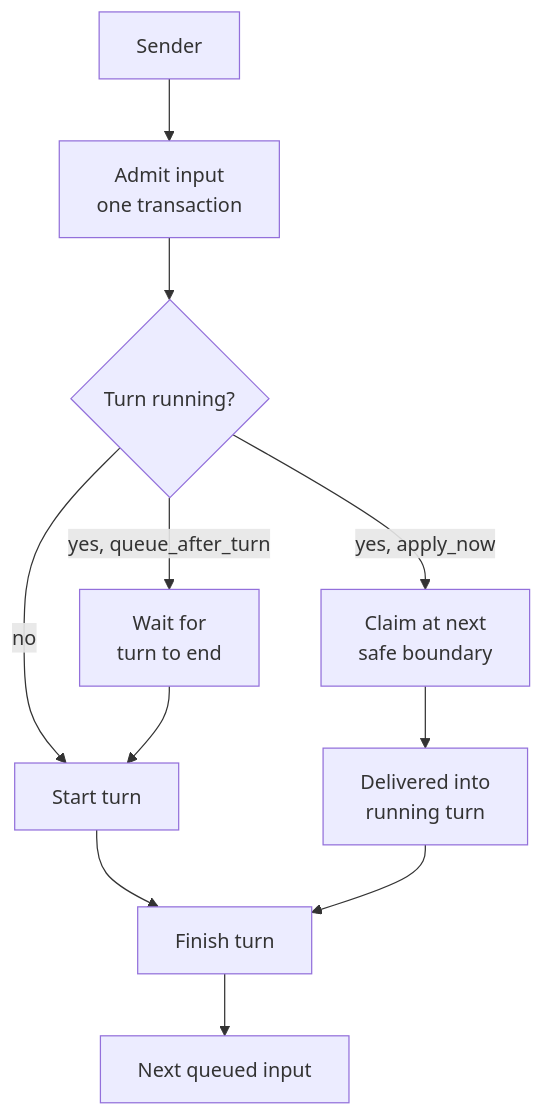
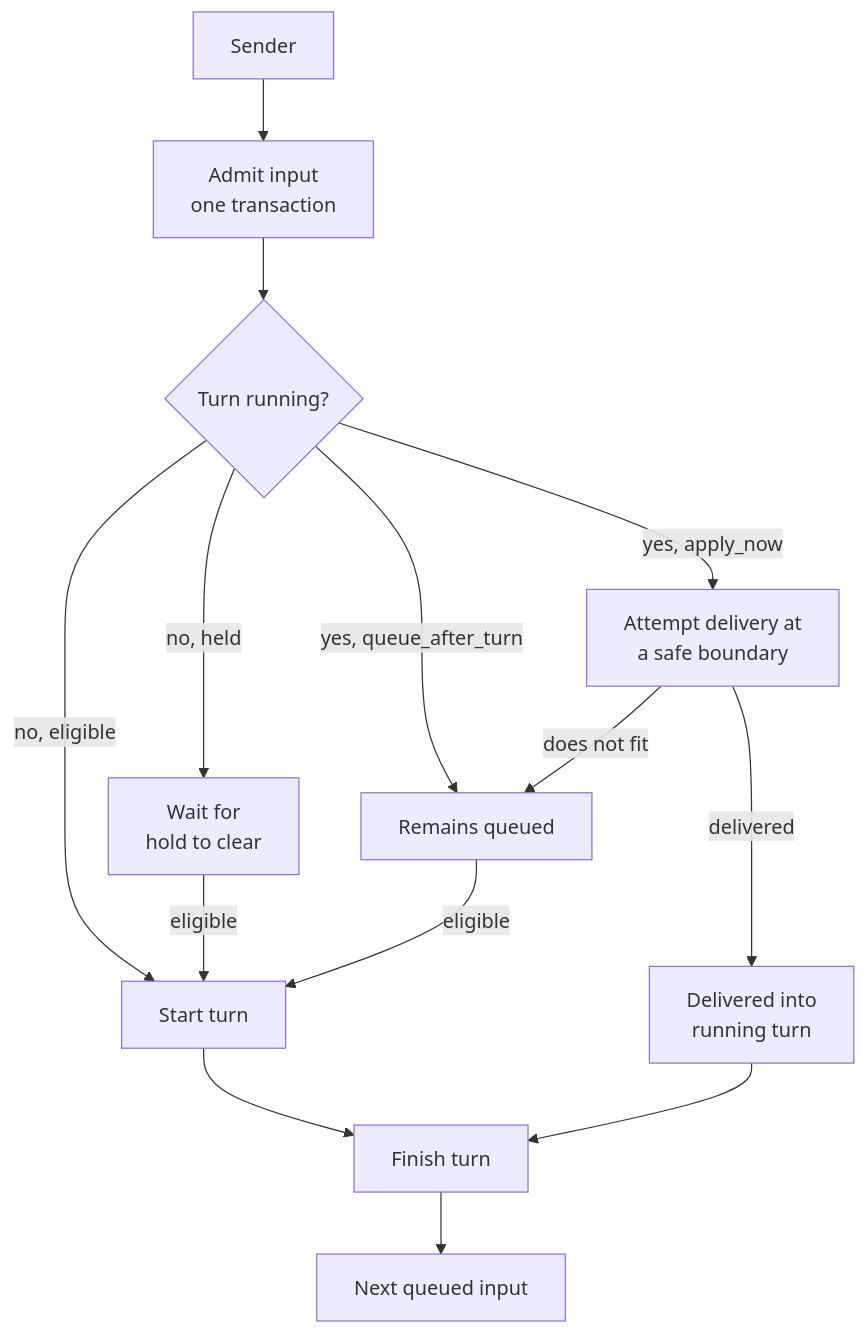
Before and after one commit to cebertowicz/corsia: the diagram in docs/how-it-works/turns-and-delivery.md, drawn with Mermaid. The commit also changed other lines of this file and 9 other files, not shown here.

````diff
--- a/docs/how-it-works/turns-and-delivery.md
+++ b/docs/how-it-works/turns-and-delivery.md
@@ -18,13 +18,16 @@
 ```mermaid
 flowchart TB
     S[Sender] --> A[Admit input<br/>one transaction]
     A --> Q{Turn running?}
-    Q -->|no| T[Start turn]
-    Q -->|yes, apply_now| B[Claim at next<br/>safe boundary]
-    Q -->|yes, queue_after_turn| W[Wait for<br/>turn to end]
-    B --> T2[Delivered into<br/>running turn]
-    W --> T
+    Q -->|no, eligible| T[Start turn]
+    Q -->|no, held| H[Wait for<br/>hold to clear]
+    H -->|eligible| T
+    Q -->|yes, apply_now| B[Attempt delivery at<br/>a safe boundary]
+    Q -->|yes, queue_after_turn| W[Remains queued]
+    B -->|delivered| T2[Delivered into<br/>running turn]
+    B -->|does not fit| W
+    W -->|eligible| T
     T --> F[Finish turn]
     T2 --> F
     F --> N[Next queued input]
 ```
````
